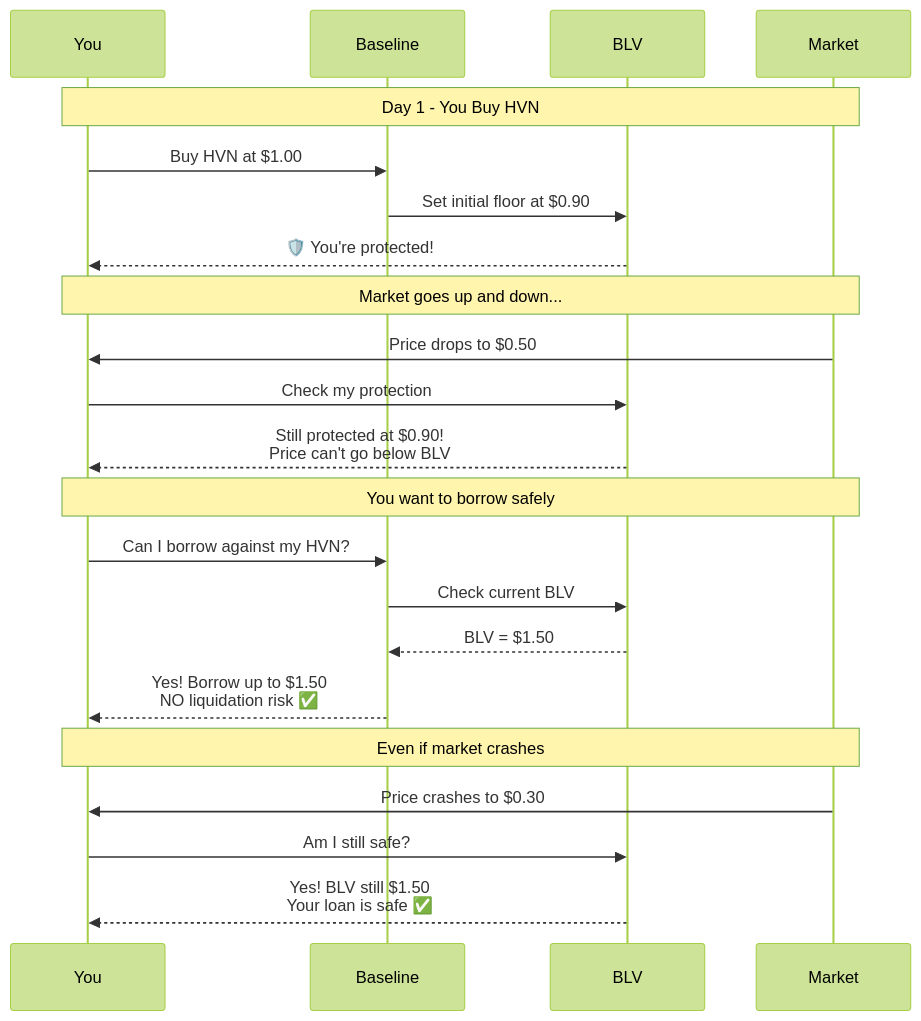
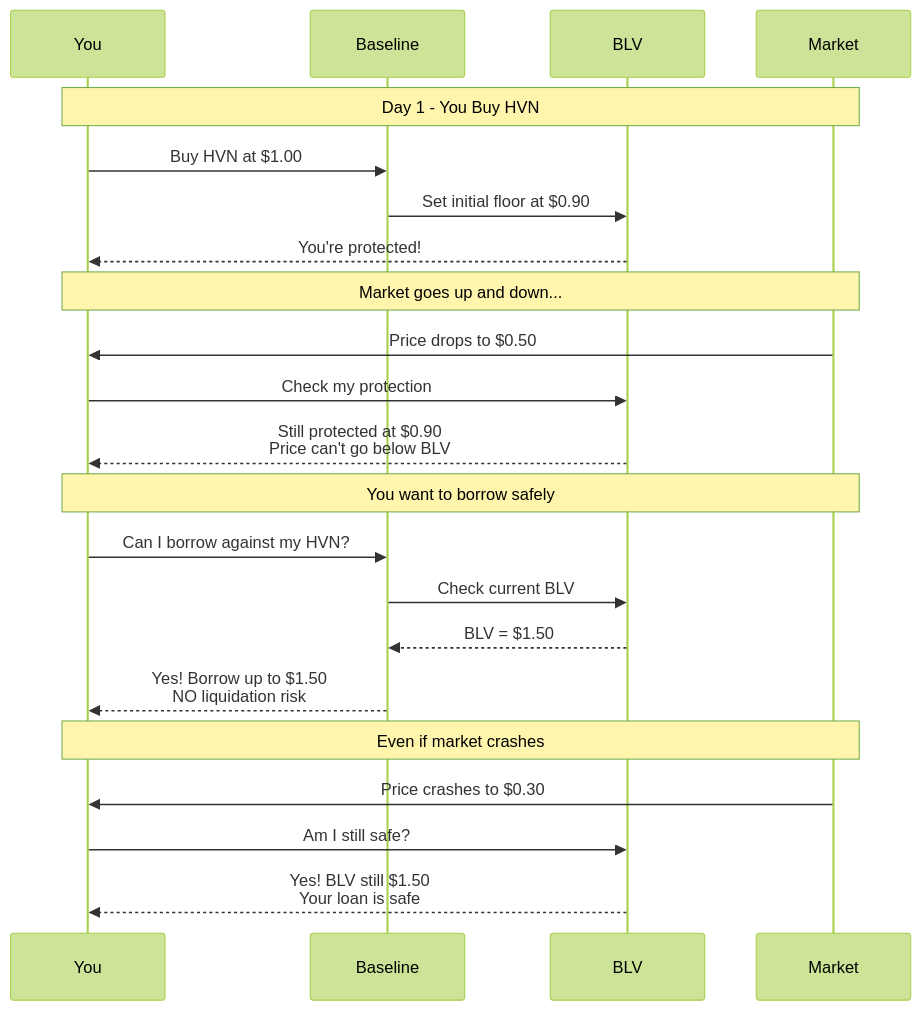
Before and after one commit to 0xJaehaerys/ohmega: the fourth of 6 diagrams in blackhaven-blv-user-friendly.md, drawn with Mermaid (forest theme). The commit also changed other lines of this file, not shown here.

First line of the commit message:
Remove emojis and colors from BLV user-friendly diagram

````diff
--- a/blackhaven-blv-user-friendly.md
+++ b/blackhaven-blv-user-friendly.md
@@ -130,32 +117,32 @@
 ```mermaid
 sequenceDiagram
     participant You
     participant Baseline
     participant BLV
     participant Market
     
     Note over You,Market: Day 1 - You Buy HVN
     
     You->>Baseline: Buy HVN at $1.00
     Baseline->>BLV: Set initial floor at $0.90
-    BLV-->>You: 🛡️ You're protected!
+    BLV-->>You: You're protected!
     
     Note over You,Market: Market goes up and down...
     
     Market->>You: Price drops to $0.50
     You->>BLV: Check my protection
-    BLV-->>You: Still protected at $0.90!<br/>Price can't go below BLV
+    BLV-->>You: Still protected at $0.90<br/>Price can't go below BLV
     
     Note over You,Market: You want to borrow safely
     
     You->>Baseline: Can I borrow against my HVN?
     Baseline->>BLV: Check current BLV
     BLV-->>Baseline: BLV = $1.50
-    Baseline-->>You: Yes! Borrow up to $1.50<br/>NO liquidation risk ✅
+    Baseline-->>You: Yes! Borrow up to $1.50<br/>NO liquidation risk
     
     Note over You,Market: Even if market crashes
     
     Market->>You: Price crashes to $0.30
     You->>BLV: Am I still safe?
-    BLV-->>You: Yes! BLV still $1.50<br/>Your loan is safe ✅
+    BLV-->>You: Yes! BLV still $1.50<br/>Your loan is safe
 ```
````
